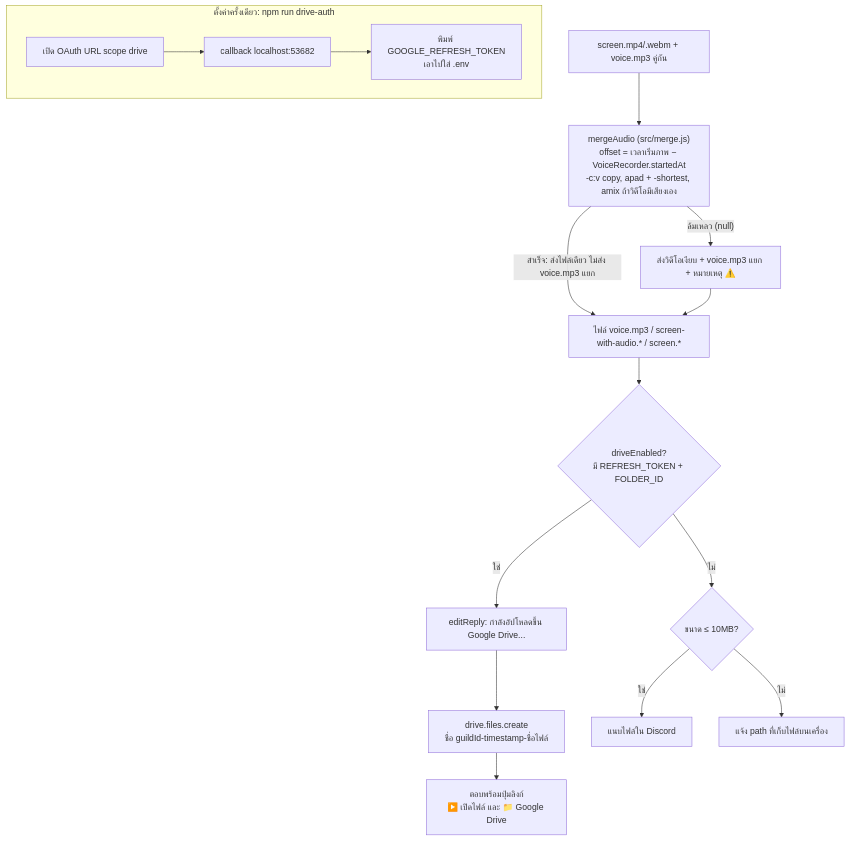
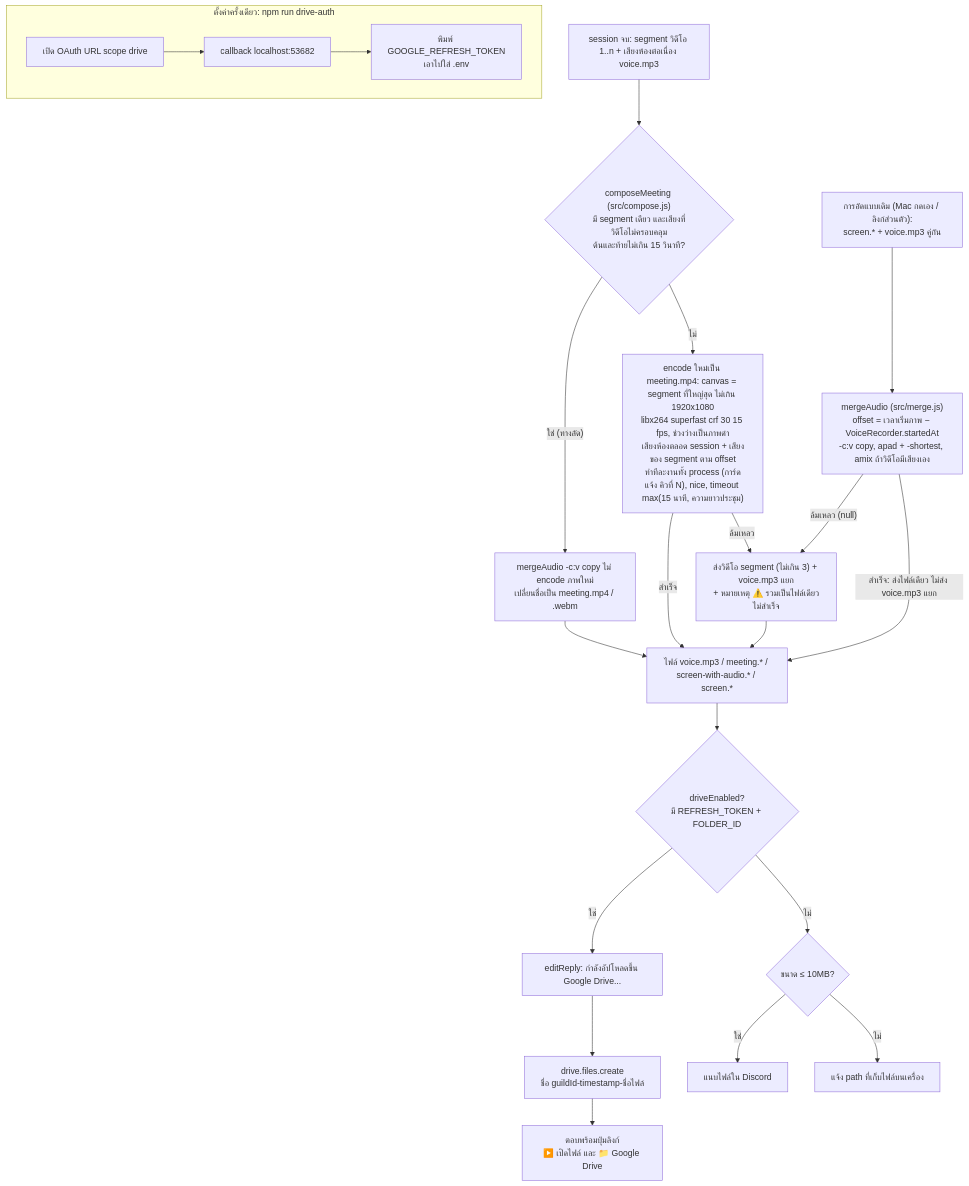
The diagram in diagram/08-deliver.md (rtliz/discord-recorder), drawn with Mermaid before and after one commit. The commit also changed other lines of this file and 69 other files, not shown here.

````diff
--- a/diagram/08-deliver.md
+++ b/diagram/08-deliver.md
@@ -3,17 +3,23 @@
 ```mermaid
 flowchart TD
-    V["screen.mp4/.webm + voice.mp3 คู่กัน"] --> M["mergeAudio (src/merge.js)<br/>offset = เวลาเริ่มภาพ − VoiceRecorder.startedAt<br/>-c:v copy, apad + -shortest, amix ถ้าวิดีโอมีเสียงเอง"]
+    SG["session จบ: segment วิดีโอ 1..n + เสียงห้องต่อเนื่อง voice.mp3"] --> CP{"composeMeeting (src/compose.js)<br/>มี segment เดียว และเสียงที่วิดีโอไม่ครอบคลุม<br/>ต้นและท้ายไม่เกิน 15 วินาที?"}
+    CP -->|"ใช่ (ทางลัด)"| FP["mergeAudio -c:v copy ไม่ encode ภาพใหม่<br/>เปลี่ยนชื่อเป็น meeting.mp4 / .webm"]
+    CP -->|"ไม่"| RE["encode ใหม่เป็น meeting.mp4: canvas = segment ที่ใหญ่สุด ไม่เกิน 1920x1080<br/>libx264 superfast crf 30 15 fps, ช่วงว่างเป็นภาพดำ<br/>เสียงห้องตลอด session + เสียงของ segment ตาม offset<br/>ทำทีละงานทั้ง process (การ์ดแจ้ง คิวที่ N), nice, timeout max(15 นาที, ความยาวประชุม)"]
+    FP --> F
+    RE -->|"สำเร็จ"| F
+    RE -->|"ล้มเหลว"| F2["ส่งวิดีโอ segment (ไม่เกิน 3) + voice.mp3 แยก<br/>+ หมายเหตุ ⚠️ รวมเป็นไฟล์เดียวไม่สำเร็จ"] --> F
+    V["การอัดแบบเดิม (Mac กดเอง / ลิงก์ส่วนตัว):<br/>screen.* + voice.mp3 คู่กัน"] --> M["mergeAudio (src/merge.js)<br/>offset = เวลาเริ่มภาพ − VoiceRecorder.startedAt<br/>-c:v copy, apad + -shortest, amix ถ้าวิดีโอมีเสียงเอง"]
     M -->|"สำเร็จ: ส่งไฟล์เดียว ไม่ส่ง voice.mp3 แยก"| F
-    M -->|"ล้มเหลว (null)"| F2["ส่งวิดีโอเงียบ + voice.mp3 แยก + หมายเหตุ ⚠️"] --> F
-    F["ไฟล์ voice.mp3 / screen-with-audio.* / screen.*"] --> D{"driveEnabled?<br/>มี REFRESH_TOKEN + FOLDER_ID"}
+    M -->|"ล้มเหลว (null)"| F2
+    F["ไฟล์ voice.mp3 / meeting.* / screen-with-audio.* / screen.*"] --> D{"driveEnabled?<br/>มี REFRESH_TOKEN + FOLDER_ID"}
     D -->|"ใช่"| U1["editReply: กำลังอัปโหลดขึ้น Google Drive..."]
     U1 --> U2["drive.files.create<br/>ชื่อ guildId-timestamp-ชื่อไฟล์"]
     U2 --> U3["ตอบพร้อมปุ่มลิงก์<br/>▶️ เปิดไฟล์ และ 📁 Google Drive"]
     D -->|"ไม่"| SZ{"ขนาด ≤ 10MB?"}
     SZ -->|"ใช่"| AT["แนบไฟล์ใน Discord"]
     SZ -->|"ไม่"| PATH["แจ้ง path ที่เก็บไฟล์บนเครื่อง"]
 
     subgraph ONE["ตั้งค่าครั้งเดียว: npm run drive-auth"]
         O1["เปิด OAuth URL scope drive"] --> O2["callback localhost:53682"] --> O3["พิมพ์ GOOGLE_REFRESH_TOKEN<br/>เอาไปใส่ .env"]
     end
 ```
````
